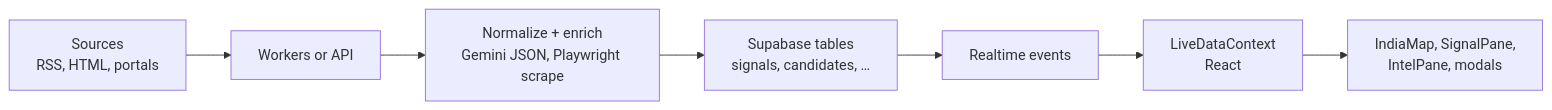
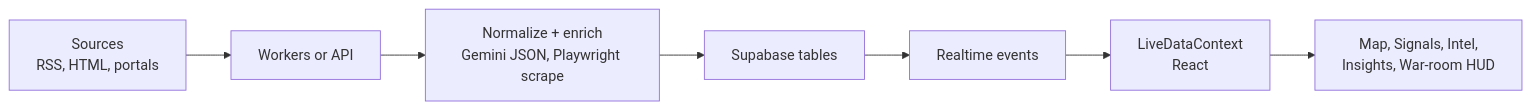
The second of 2 diagrams in README.md (sooryahprasath/election-osint), drawn with Mermaid before and after one commit. The commit also changed other lines of this file and 22 other files, not shown here.

````diff
--- a/README.md
+++ b/README.md
@@ -93,9 +94,9 @@
 ```mermaid
 flowchart LR
   A["Sources\nRSS, HTML, portals"] --> B["Workers or API"]
   B --> C["Normalize + enrich\nGemini JSON, Playwright scrape"]
-  C --> D["Supabase tables\nsignals, candidates, …"]
+  C --> D["Supabase tables"]
   D --> E["Realtime events"]
   E --> F["LiveDataContext\nReact"]
-  F --> G["IndiaMap, SignalPane,\nIntelPane, modals"]
+  F --> G["Map, Signals, Intel,\nInsights, War-room HUD"]
 ```
````
